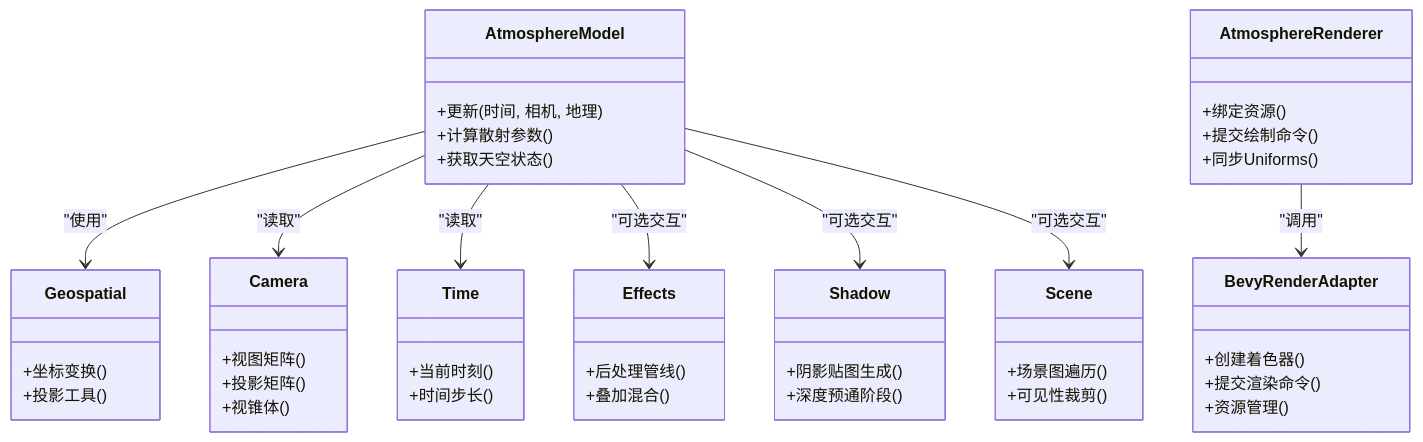
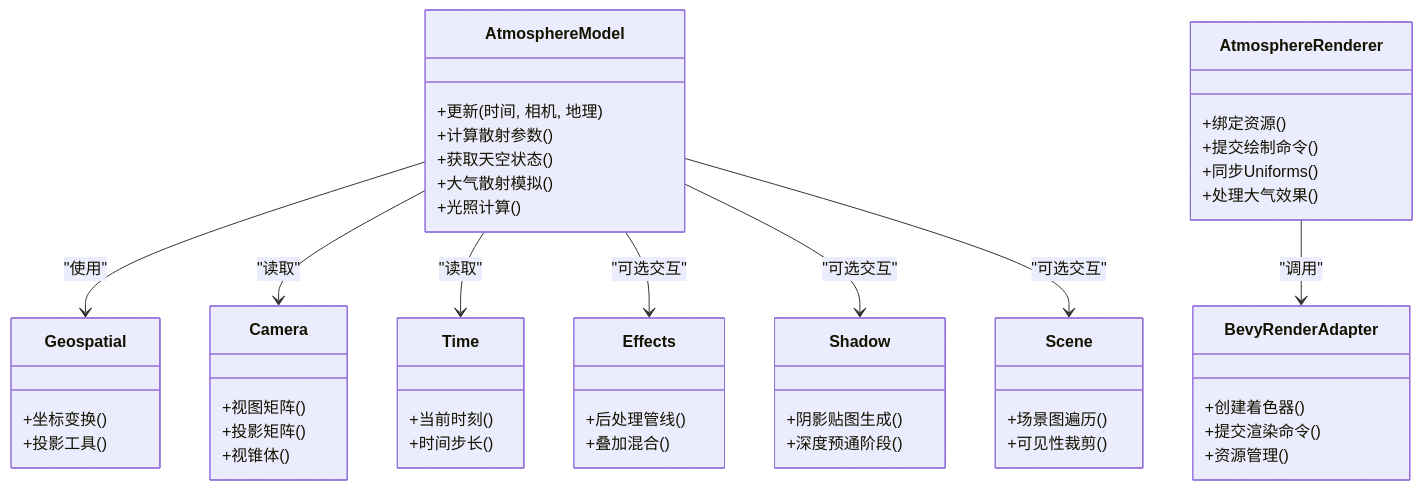
Before and after one commit to rzhangjing/cesium: the second of 5 diagrams in .qoder/repowiki/zh/content/项目概述/核心特性/大气系统.md, drawn with Mermaid. The commit also changed other lines of this file and 60 other files, not shown here.

````diff
--- a/.qoder/repowiki/zh/content/项目概述/核心特性/大气系统.md
+++ b/.qoder/repowiki/zh/content/项目概述/核心特性/大气系统.md
@@ -92,50 +99,53 @@
 ```mermaid
 classDiagram
 class AtmosphereModel {
 +更新(时间, 相机, 地理)
 +计算散射参数()
 +获取天空状态()
++大气散射模拟()
++光照计算()
 }
 class AtmosphereRenderer {
 +绑定资源()
 +提交绘制命令()
 +同步Uniforms()
++处理大气效果()
 }
 class Geospatial {
 +坐标变换()
 +投影工具()
 }
 class Camera {
 +视图矩阵()
 +投影矩阵()
 +视锥体()
 }
 class Time {
 +当前时刻()
 +时间步长()
 }
 class Effects {
 +后处理管线()
 +叠加混合()
 }
 class Shadow {
 +阴影贴图生成()
 +深度预通阶段()
 }
 class Scene {
 +场景图遍历()
 +可见性裁剪()
 }
 class BevyRenderAdapter {
 +创建着色器()
 +提交渲染命令()
 +资源管理()
 }
 AtmosphereModel --> Geospatial : "使用"
 AtmosphereModel --> Camera : "读取"
 AtmosphereModel --> Time : "读取"
 AtmosphereModel --> Effects : "可选交互"
 AtmosphereModel --> Shadow : "可选交互"
 AtmosphereModel --> Scene : "可选交互"
 AtmosphereRenderer --> BevyRenderAdapter : "调用"
 ```
````
